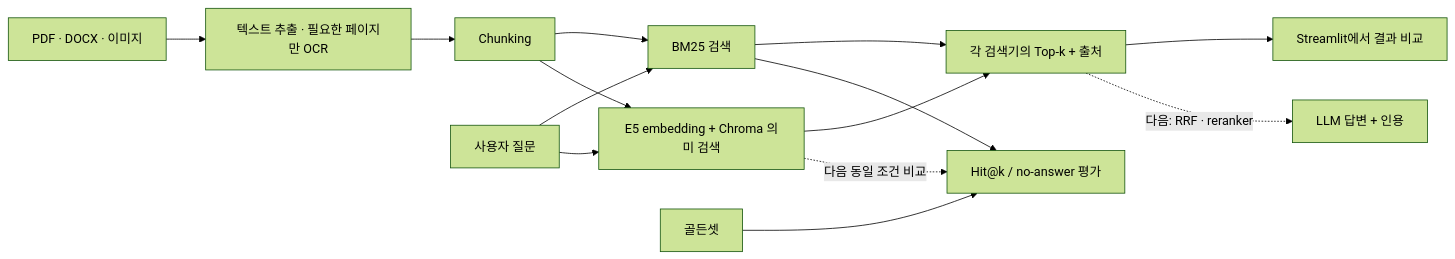
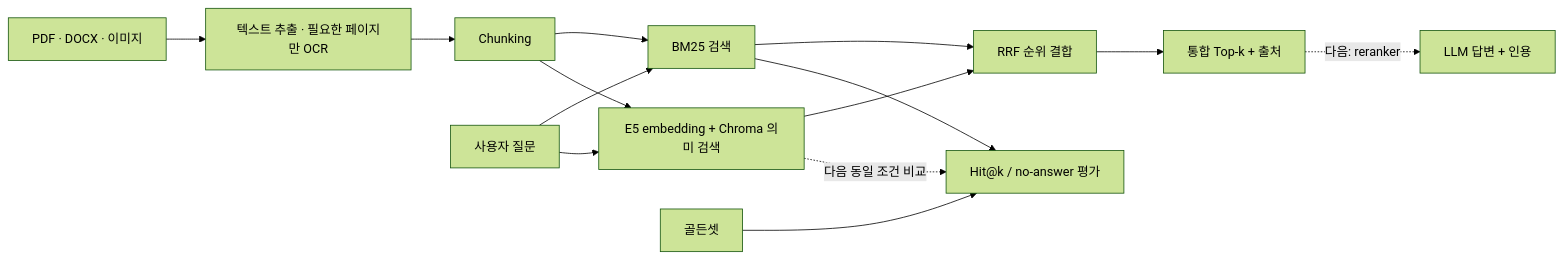
Before and after one commit to hamjinoo/gongo-rag: the diagram in README.md, drawn with Mermaid (forest theme). The commit also changed other lines of this file and 10 other files, not shown here.

````diff
--- a/README.md
+++ b/README.md
@@ -30,16 +30,16 @@
 ```mermaid
 flowchart LR
     A["PDF · DOCX · 이미지"] --> B["텍스트 추출 · 필요한 페이지만 OCR"]
     B --> C["Chunking"]
     C --> D["BM25 검색"]
     C --> E["E5 embedding + Chroma 의미 검색"]
     Q["사용자 질문"] --> D
     Q --> E
-    D --> F["각 검색기의 Top-k + 출처"]
+    D --> F["RRF 순위 결합"]
     E --> F
-    F --> U["Streamlit에서 결과 비교"]
-    F -. "다음: RRF · reranker" .-> G["LLM 답변 + 인용"]
+    F --> U["통합 Top-k + 출처"]
+    U -. "다음: reranker" .-> G["LLM 답변 + 인용"]
     H["골든셋"] --> I["Hit@k / no-answer 평가"]
     D --> I
     E -. "다음 동일 조건 비교" .-> I
 ```
````
